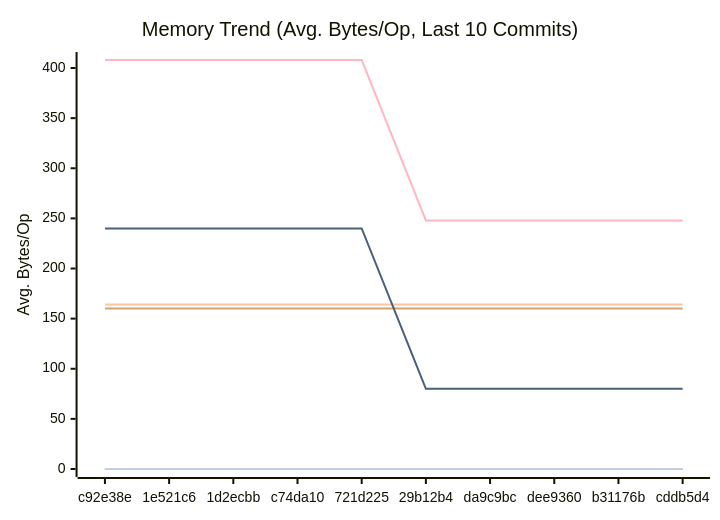
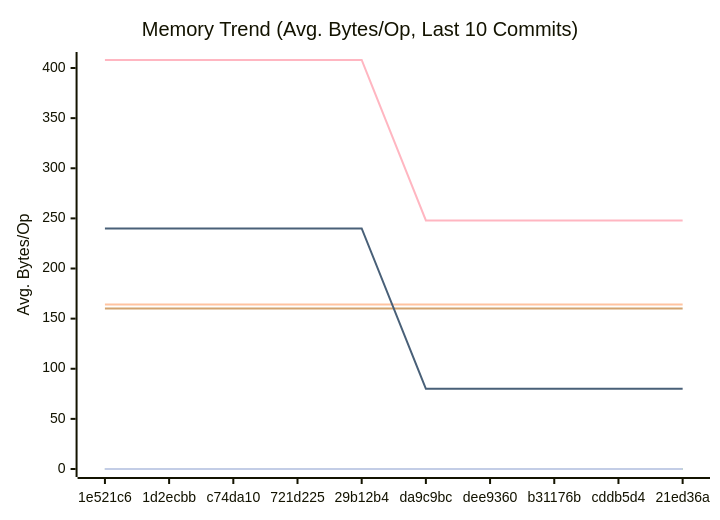
One commit to alsotoes/momo changed the second of 3 diagrams in docs/PERFORMANCE.md. Above: the diagram before and after it, drawn with Mermaid. The commit also changed other lines of this file and 2 other files, not shown here.

````diff
--- a/docs/PERFORMANCE.md
+++ b/docs/PERFORMANCE.md
@@ -97,16 +98,16 @@
 ```mermaid
 xychart-beta
     title "Memory Trend (Avg. Bytes/Op, Last 10 Commits)"
     x-axis "Commit"
     y-axis "Avg. Bytes/Op"
-    x-axis [c92e38e,1e521c6,1d2ecbb,c74da10,721d225,29b12b4,da9c9bc,dee9360,b31176b,cddb5d4]
+    x-axis [1e521c6,1d2ecbb,c74da10,721d225,29b12b4,da9c9bc,dee9360,b31176b,cddb5d4,21ed36a]
     line "CheckMetricsAndSwap" [0,0,0,0,0,0,0,0,0,0]
     line "CrushOptimized" [0,0,0,0,0,0,0,0,0,0]
     line "CrushOriginal" [164,164,164,164,164,164,164,164,164,164]
     line "IndexDirectTracking" [0,0,0,0,0,0,0,0,0,0]
     line "IndexSearch" [0,0,0,0,0,0,0,0,0,0]
     line "LoadGlobalConfig" [160,160,160,160,160,160,160,160,160,160]
     line "PadString" [0,0,0,0,0,0,0,0,0,0]
     line "ParseReplicationOrder_NoPrealloc" [408,408,408,408,408,248,248,248,248,248]
     line "ParseReplicationOrder_Prealloc" [240,240,240,240,240,80,80,80,80,80]
 ```
````
